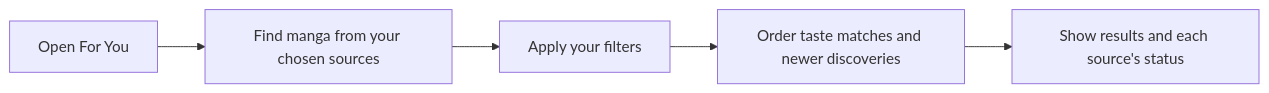
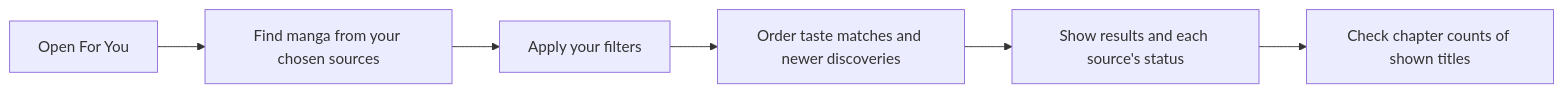
Before and after one commit to FancyCorey/komikku-fc: the second of 6 diagrams in docs/kmk/feature-guides/recommendations.md, drawn with Mermaid. The commit also changed other lines of this file and 22 other files, not shown here.

````diff
--- a/docs/kmk/feature-guides/recommendations.md
+++ b/docs/kmk/feature-guides/recommendations.md
@@ -36,7 +136,8 @@
 ```mermaid
 flowchart LR
     Screen["Open For You"] --> Retrieval["Find manga from your chosen sources"]
     Retrieval --> Eligibility["Apply your filters"]
     Eligibility --> Ranking["Order taste matches and newer discoveries"]
     Ranking --> Rows["Show results and each source's status"]
+    Rows --> Check["Check chapter counts of shown titles"]
 ```
````
